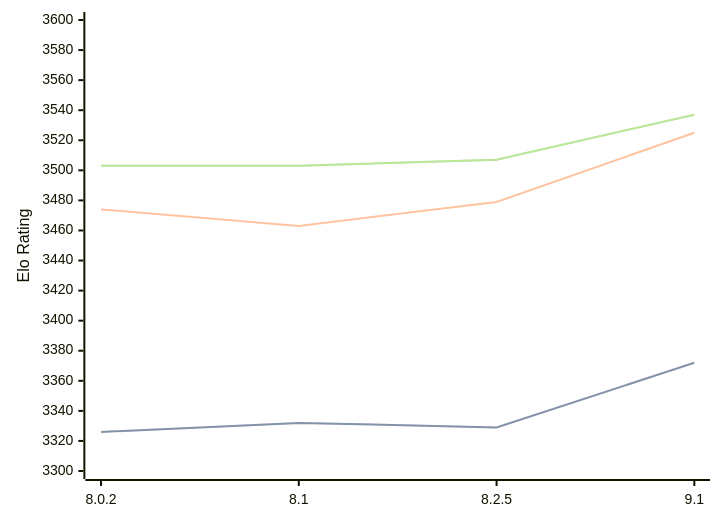
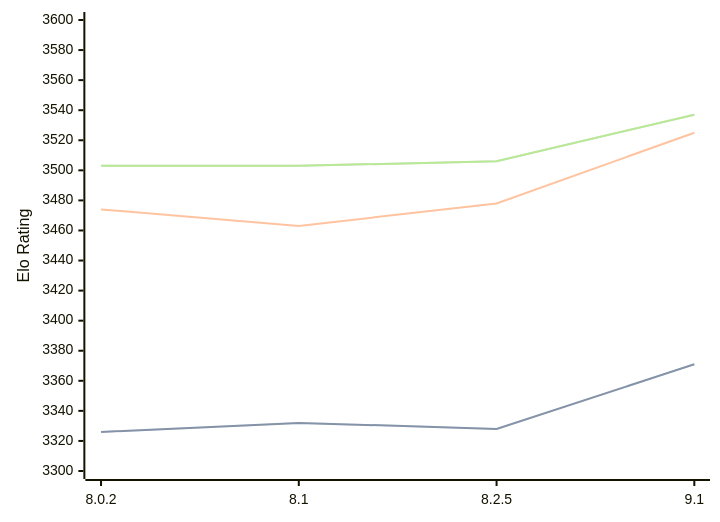
One commit to computer-chess-index/cci changed the diagram in engines/Clover.md. Above: the diagram before and after it, drawn with Mermaid. The commit also changed other lines of this file, not shown here.

Commit message:
Update CCI Ratings (ELO VLTC) - 2026-07-27

````diff
--- a/engines/Clover.md
+++ b/engines/Clover.md
@@ -64,11 +64,11 @@
 ```mermaid
 %%{init: {"theme":"base","themeVariables":{"seriesColors:['#a3a3a3','#222221','#faa371']}}}%%
 xychart-beta
   x-axis ["8.0.2", "8.1", "8.2.5", "9.1"]
   y-axis "Elo Rating" 3300 --> 3600
-  line "STC (8.0+0.08s)" [3326, 3332, 3329, 3372]
-  line "STC (8.0+0.08s)" [3326, 3332, 3329, 3372]
-  line "LTC (60.0+0.60s)" [3474, 3463, 3479, 3525]
-  line "VLTC (2m24s+1.12s)" [3503, 3503, 3507, 3537]
-  line "VLTC (2m24s+1.12s)" [3503, 3503, 3507, 3537]
+  line "STC (8.0+0.08s)" [3326, 3332, 3328, 3371]
+  line "STC (8.0+0.08s)" [3326, 3332, 3328, 3371]
+  line "LTC (60.0+0.60s)" [3474, 3463, 3478, 3525]
+  line "VLTC (2m24s+1.12s)" [3503, 3503, 3506, 3537]
+  line "VLTC (2m24s+1.12s)" [3503, 3503, 3506, 3537]
 ```
````
